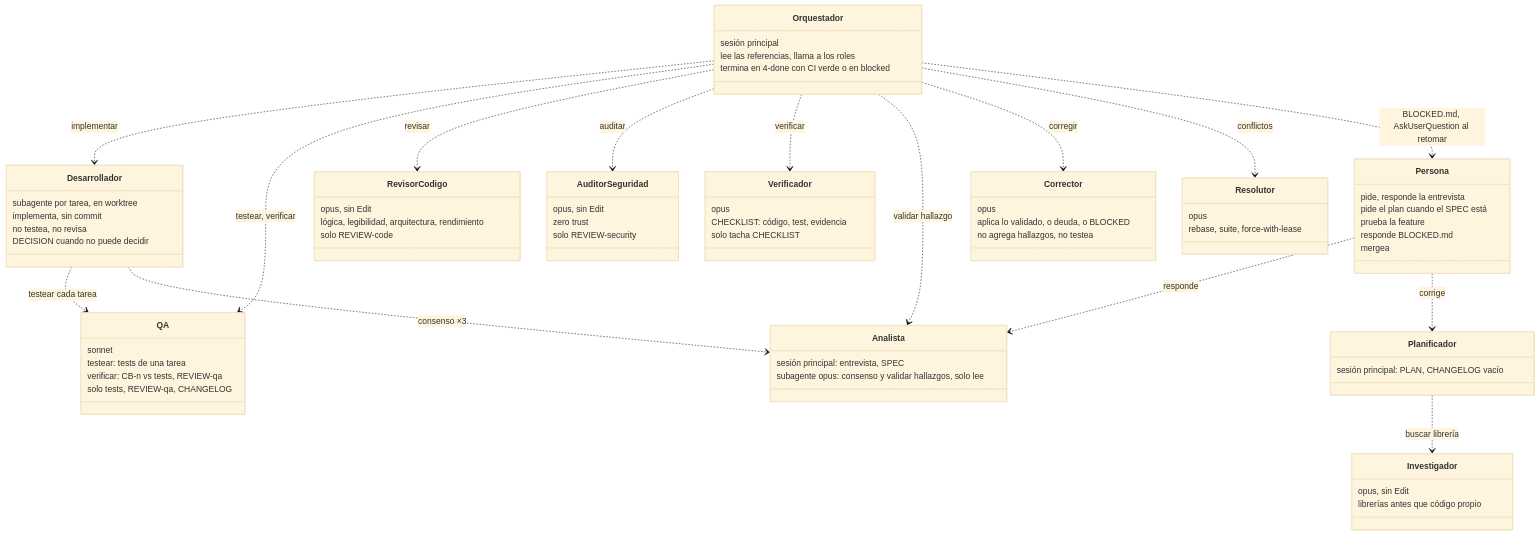
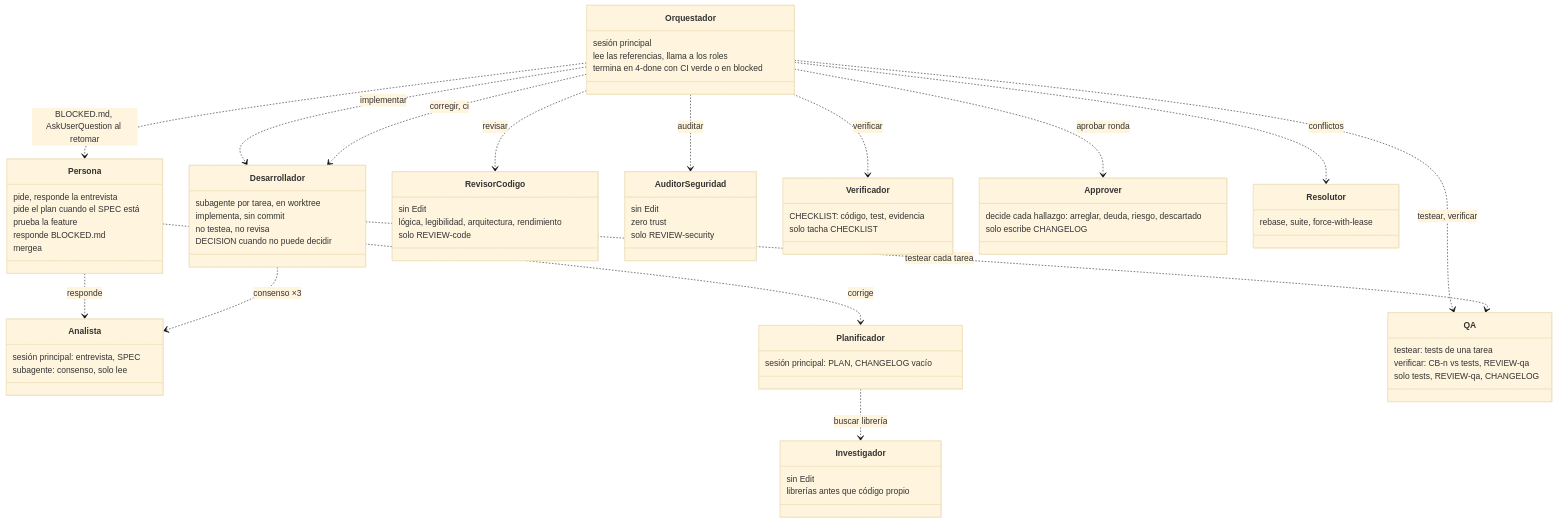
The second of 2 diagrams in skills/workflow/references/roles-and-artifacts.md (octavio-parozlabs/mindstack), drawn with Mermaid (base theme) before and after one commit. The commit also changed other lines of this file and 52 other files, not shown here.

````diff
--- a/skills/workflow/references/roles-and-artifacts.md
+++ b/skills/workflow/references/roles-and-artifacts.md
@@ -74,77 +74,73 @@
 ```mermaid
 classDiagram
     class Persona {
         pide, responde la entrevista
         pide el plan cuando el SPEC está
         prueba la feature
         responde BLOCKED.md
         mergea
     }
     class Analista {
         sesión principal: entrevista, SPEC
-        subagente opus: consenso y validar hallazgos, solo lee
+        subagente: consenso, solo lee
     }
     class Planificador {
         sesión principal: PLAN, CHANGELOG vacío
     }
     class Desarrollador {
         subagente por tarea, en worktree
         implementa, sin commit
         no testea, no revisa
         DECISION cuando no puede decidir
     }
     class QA {
-        sonnet
         testear: tests de una tarea
         verificar: CB-n vs tests, REVIEW-qa
         solo tests, REVIEW-qa, CHANGELOG
     }
     class Investigador {
-        opus, sin Edit
+        sin Edit
         librerías antes que código propio
     }
     class RevisorCodigo {
-        opus, sin Edit
+        sin Edit
         lógica, legibilidad, arquitectura, rendimiento
         solo REVIEW-code
     }
     class AuditorSeguridad {
-        opus, sin Edit
+        sin Edit
         zero trust
         solo REVIEW-security
     }
     class Verificador {
-        opus
         CHECKLIST: código, test, evidencia
         solo tacha CHECKLIST
     }
-    class Corrector {
-        opus
-        aplica lo validado, o deuda, o BLOCKED
-        no agrega hallazgos, no testea
+    class Approver {
+        decide cada hallazgo: arreglar, deuda, riesgo, descartado
+        solo escribe CHANGELOG
     }
     class Resolutor {
-        opus
         rebase, suite, force-with-lease
     }
     class Orquestador {
         sesión principal
         lee las referencias, llama a los roles
         termina en 4-done con CI verde o en blocked
     }
 
     Persona ..> Analista : responde
     Persona ..> Planificador : corrige
     Planificador ..> Investigador : buscar librería
     Orquestador ..> Desarrollador : implementar
     Orquestador ..> QA : testear, verificar
     Orquestador ..> RevisorCodigo : revisar
     Orquestador ..> AuditorSeguridad : auditar
     Orquestador ..> Verificador : verificar
-    Orquestador ..> Analista : validar hallazgo
-    Orquestador ..> Corrector : corregir
+    Orquestador ..> Approver : aprobar ronda
+    Orquestador ..> Desarrollador : corregir, ci
     Orquestador ..> Resolutor : conflictos
     Desarrollador ..> QA : testear cada tarea
     Desarrollador ..> Analista : consenso ×3
     Orquestador ..> Persona : BLOCKED.md, AskUserQuestion al retomar
 ```
````
